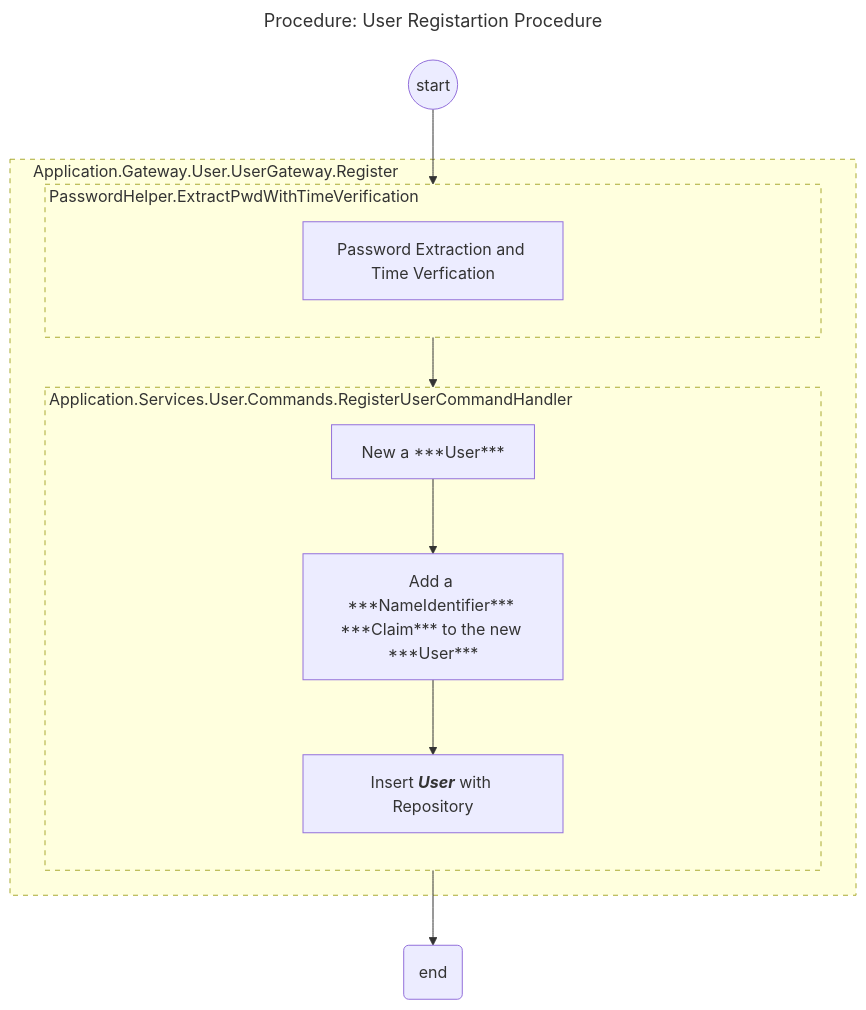
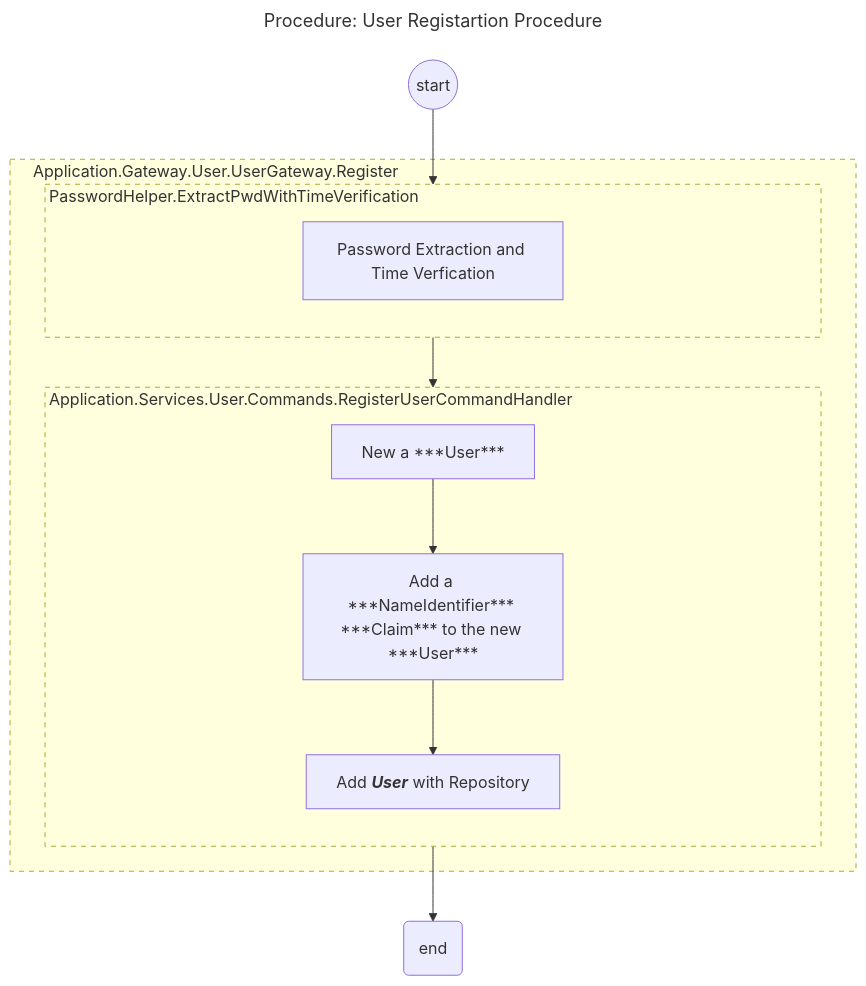
Before and after one commit to sdlfly2000/AuthenticationServer: the first of 4 diagrams in UML/Application/Application.Gateway.User.UserGateway.md, drawn with Mermaid. The commit also changed other lines of this file, not shown here.

Commit message:
#50 Update UML

````diff
--- a/UML/Application/Application.Gateway.User.UserGateway.md
+++ b/UML/Application/Application.Gateway.User.UserGateway.md
@@ -3,35 +3,35 @@
 ```mermaid
 ---
 title: "Procedure: User Registartion Procedure"
 ---
 
 flowchart TB
     start_overall((start))
 
     subgraph user_register[<div style='display:flex; justify-content:flex-start; align-items:flex-start;width:50em'>Application.Gateway.User.UserGateway.Register</div>]
 
         subgraph password_extraction_verification[<div style='display:flex; justify-content:flex-start; align-items:flex-start;width:48em'>PasswordHelper.ExtractPwdWithTimeVerification</div>]
             direction TB
             PwdExtraction[Password Extraction and Time Verfication]
         end
 
         subgraph insert_user_database[<div style='display:flex; justify-content:flex-start; align-items:flex-start;width:48em'>Application.Services.User.Commands.RegisterUserCommandHandler</div>]
             direction TB
             NewUser["New a ***User***"] -->
             AddNameIdentifier["Add a ***NameIdentifier*** ***Claim*** to the new ***User***"] -->
-            InsertUser["`Insert ***User*** with Repository`"]
+            InsertUser["`Add ***User*** with Repository`"]
         end
     end
 
     end_overall(end)
 
     %%{relationship}%%
     start_overall --> PwdExtraction --> NewUser
     InsertUser --> 
     end_overall
 
     %% Custom Styles
     style user_register stroke-dasharray: 5 5;
     style password_extraction_verification stroke-dasharray: 5 5;
     style insert_user_database stroke-dasharray: 5 5;        
 ```
````
